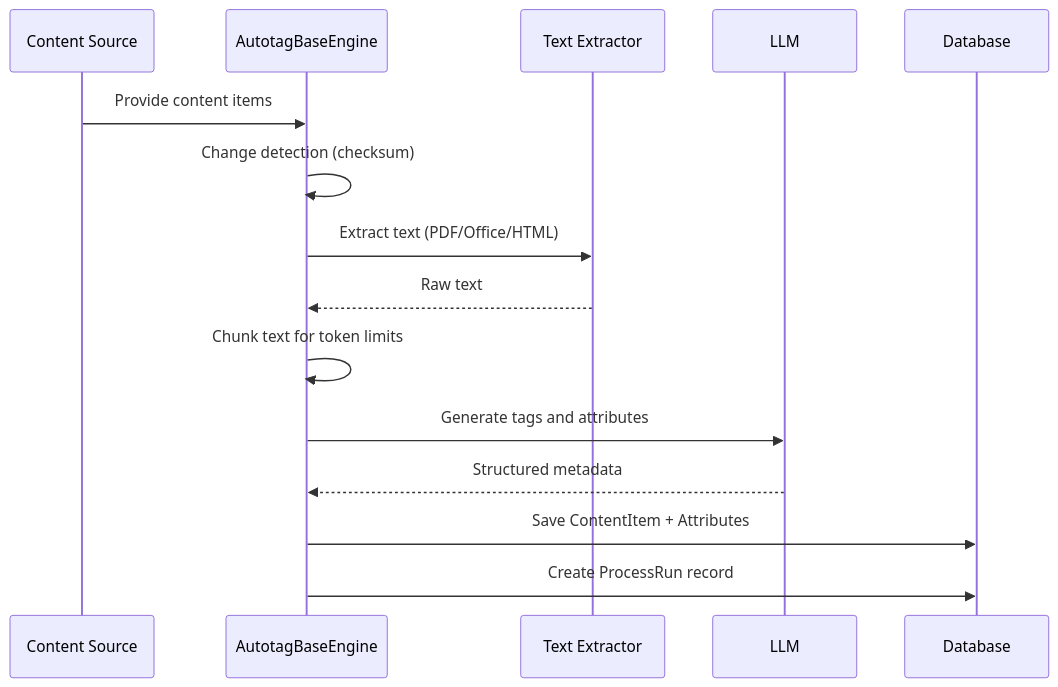
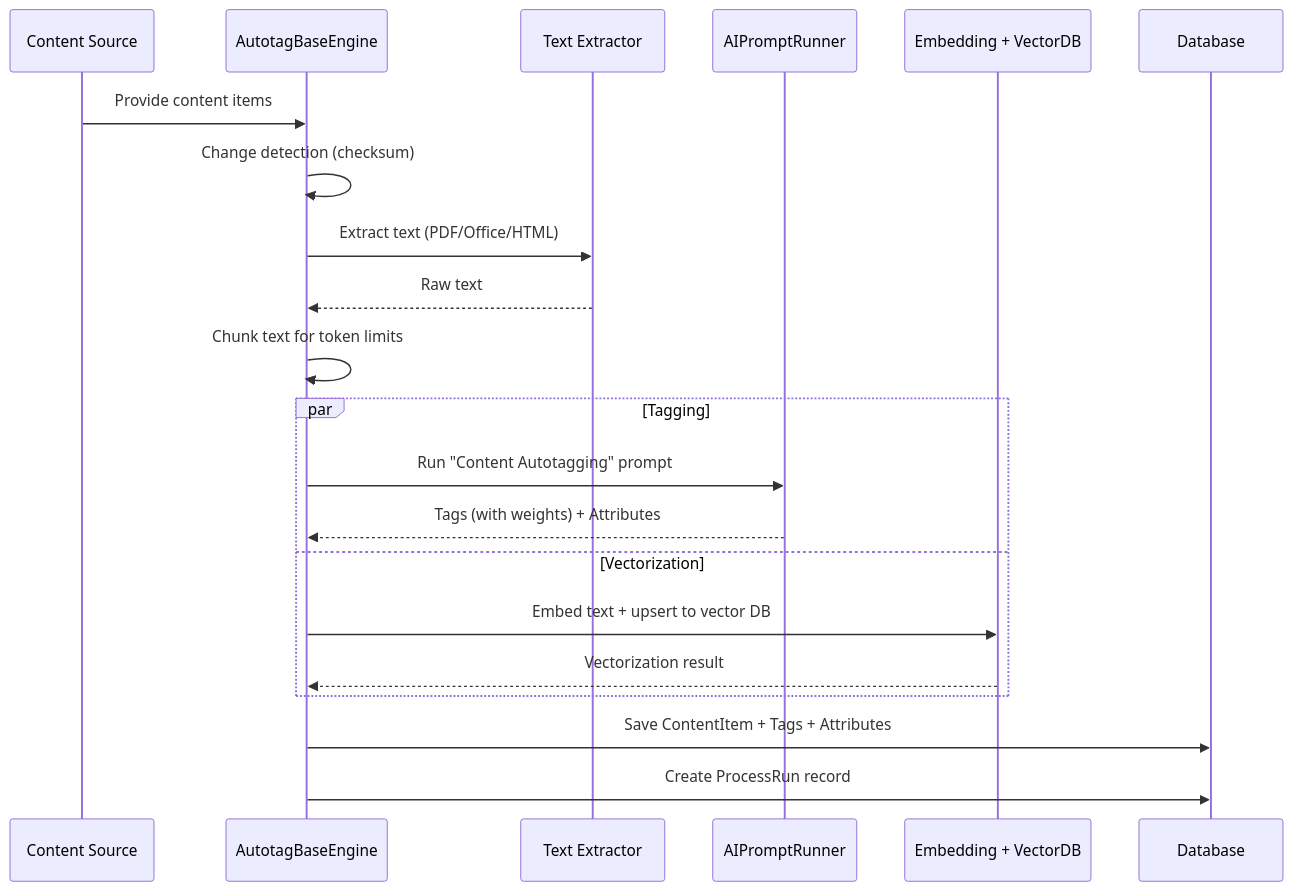
The second of 2 diagrams in packages/ContentAutotagging/README.md (MemberJunction/MJ), drawn with Mermaid before and after one commit. The commit also changed other lines of this file and 34 other files, not shown here.

````diff
--- a/packages/ContentAutotagging/README.md
+++ b/packages/ContentAutotagging/README.md
@@ -49,18 +64,24 @@
 ```mermaid
 sequenceDiagram
     participant Source as Content Source
     participant Engine as AutotagBaseEngine
     participant Extract as Text Extractor
-    participant AI as LLM
+    participant Prompt as AIPromptRunner
+    participant Vec as Embedding + VectorDB
     participant DB as Database
 
     Source->>Engine: Provide content items
     Engine->>Engine: Change detection (checksum)
     Engine->>Extract: Extract text (PDF/Office/HTML)
     Extract-->>Engine: Raw text
     Engine->>Engine: Chunk text for token limits
-    Engine->>AI: Generate tags and attributes
-    AI-->>Engine: Structured metadata
-    Engine->>DB: Save ContentItem + Attributes
+    par Tagging
+        Engine->>Prompt: Run "Content Autotagging" prompt
+        Prompt-->>Engine: Tags (with weights) + Attributes
+    and Vectorization
+        Engine->>Vec: Embed text + upsert to vector DB
+        Vec-->>Engine: Vectorization result
+    end
+    Engine->>DB: Save ContentItem + Tags + Attributes
     Engine->>DB: Create ProcessRun record
 ```
````
